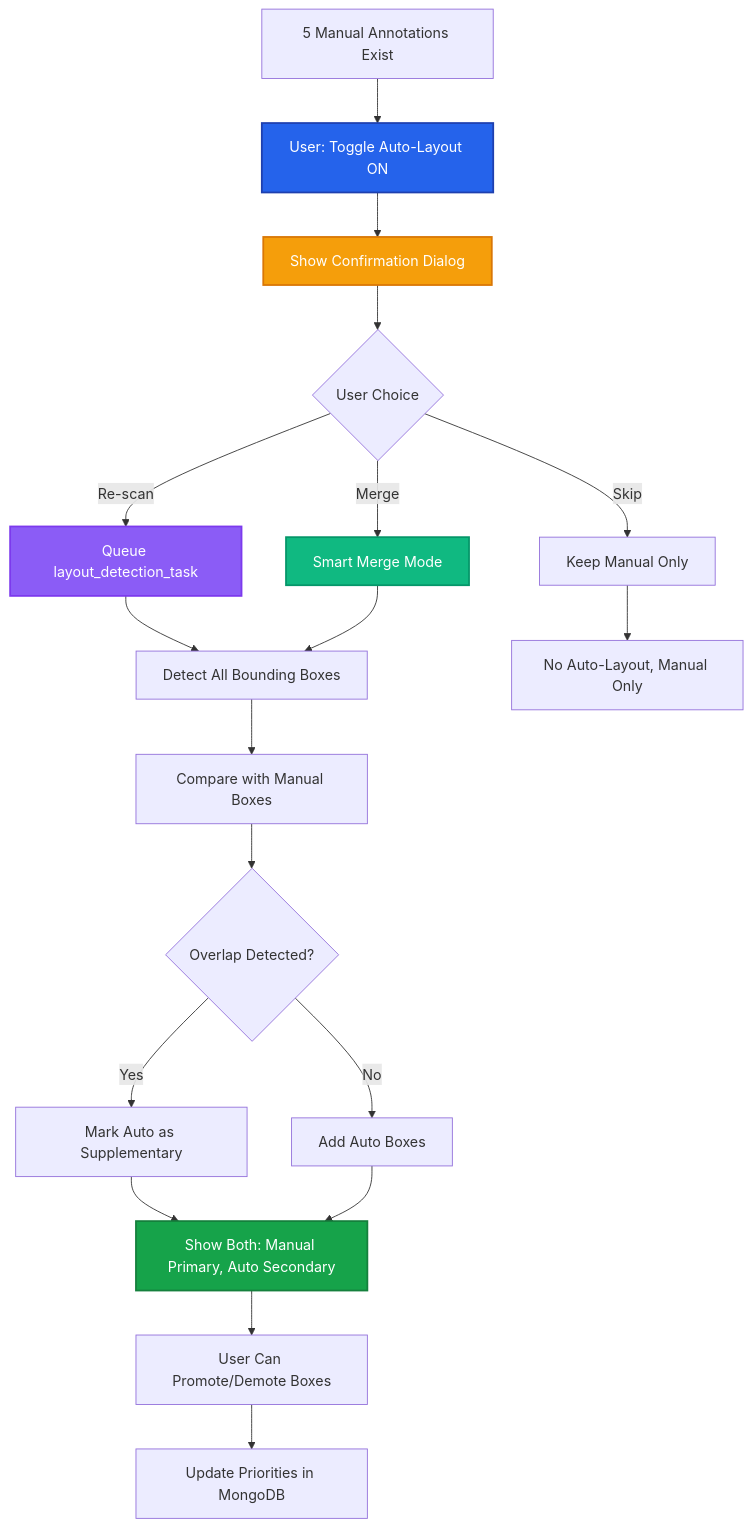
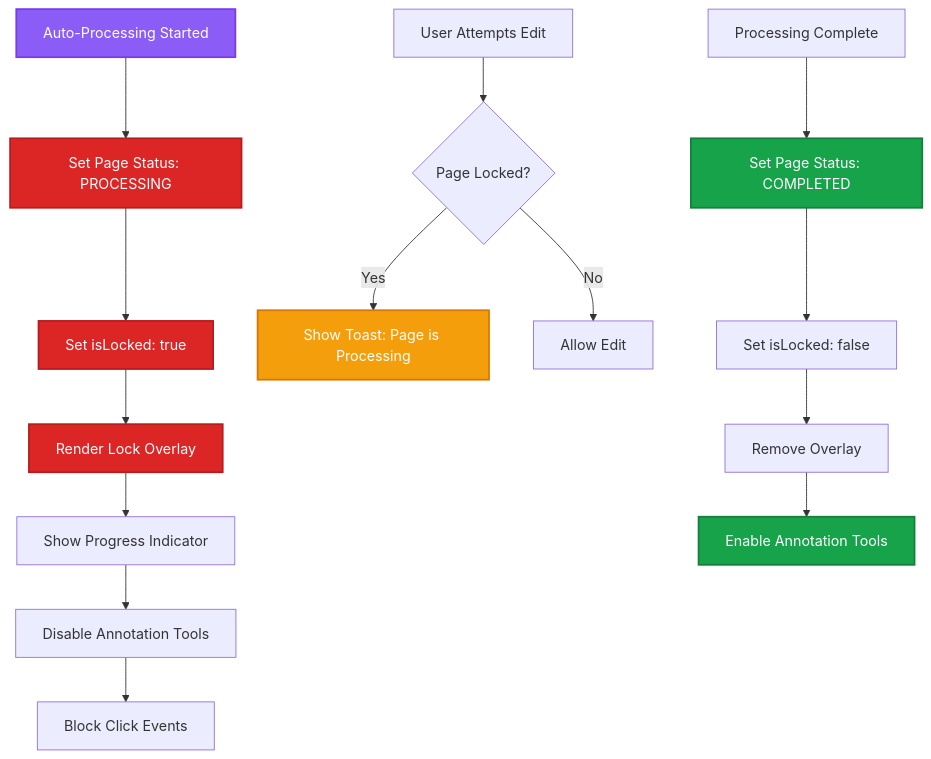
One commit to coffeeinc-in/adeos-fe-docs changed the fifth of 5 diagrams in content/v3-iteration/user-control-flow.mdx. Above: the diagram before and after it, drawn with Mermaid. The commit also changed other lines of this file, not shown here.

Commit message:
Implement feature X to enhance user experience and fix bug Y in module Z

````diff
--- a/content/v3-iteration/user-control-flow.mdx
+++ b/content/v3-iteration/user-control-flow.mdx
@@ -489,32 +683,27 @@
 ```mermaid
 graph TD
-    A[5 Manual Annotations Exist] --> B[User: Toggle Auto-Layout ON]
-    B --> C[Show Confirmation Dialog]
+    A[Auto-Processing Started] --> B[Set Page Status: PROCESSING]
+    B --> C[Set isLocked: true]
+    C --> D[Render Lock Overlay]
 
-    C --> D{User Choice}
-    D -->|Re-scan| E[Queue layout_detection_task]
-    D -->|Skip| F[Keep Manual Only]
-    D -->|Merge| G[Smart Merge Mode]
+    D --> E[Show Progress Indicator]
+    E --> F[Disable Annotation Tools]
+    F --> G[Block Click Events]
 
-    E --> H[Detect All Bounding Boxes]
-    H --> I[Compare with Manual Boxes]
-    I --> J{Overlap Detected?}
+    H[User Attempts Edit] --> I{Page Locked?}
+    I -->|Yes| J[Show Toast: Page is Processing]
+    I -->|No| K[Allow Edit]
 
-    J -->|Yes| K[Mark Auto as Supplementary]
-    J -->|No| L[Add Auto Boxes]
+    L[Processing Complete] --> M[Set Page Status: COMPLETED]
+    M --> N[Set isLocked: false]
+    N --> O[Remove Overlay]
+    O --> P[Enable Annotation Tools]
 
-    G --> H
-    K --> M[Show Both: Manual Primary, Auto Secondary]
-    L --> M
-
-    F --> N[No Auto-Layout, Manual Only]
-
-    M --> O[User Can Promote/Demote Boxes]
-    O --> P[Update Priorities in MongoDB]
-
-    style B fill:#2563eb,stroke:#1e40af,stroke-width:2px,color:#fff
-    style C fill:#f59e0b,stroke:#d97706,stroke-width:2px,color:#fff
-    style E fill:#8b5cf6,stroke:#7c3aed,stroke-width:2px,color:#fff
-    style G fill:#10b981,stroke:#059669,stroke-width:2px,color:#fff
+    style A fill:#8b5cf6,stroke:#7c3aed,stroke-width:2px,color:#fff
+    style B fill:#dc2626,stroke:#b91c1c,stroke-width:2px,color:#fff
+    style C fill:#dc2626,stroke:#b91c1c,stroke-width:2px,color:#fff
+    style D fill:#dc2626,stroke:#b91c1c,stroke-width:2px,color:#fff
+    style J fill:#f59e0b,stroke:#d97706,stroke-width:2px,color:#fff
     style M fill:#16a34a,stroke:#15803d,stroke-width:2px,color:#fff
+    style P fill:#16a34a,stroke:#15803d,stroke-width:2px,color:#fff
 ```
````
